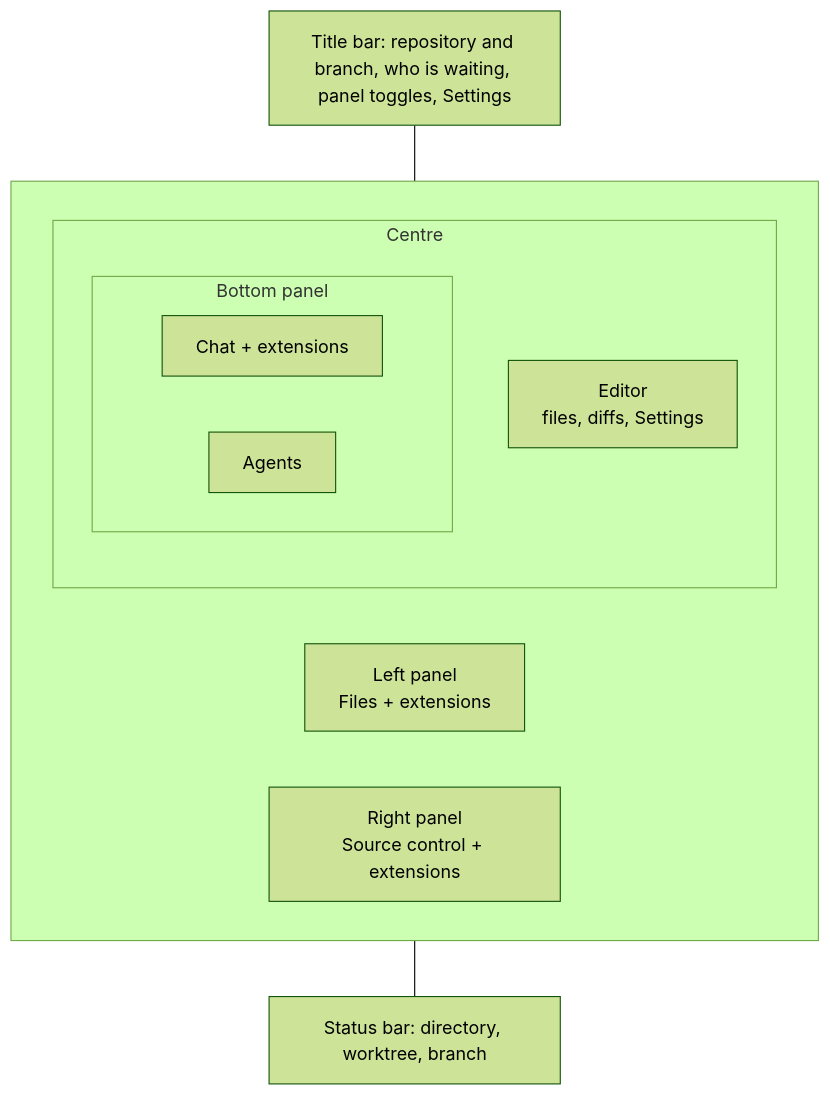
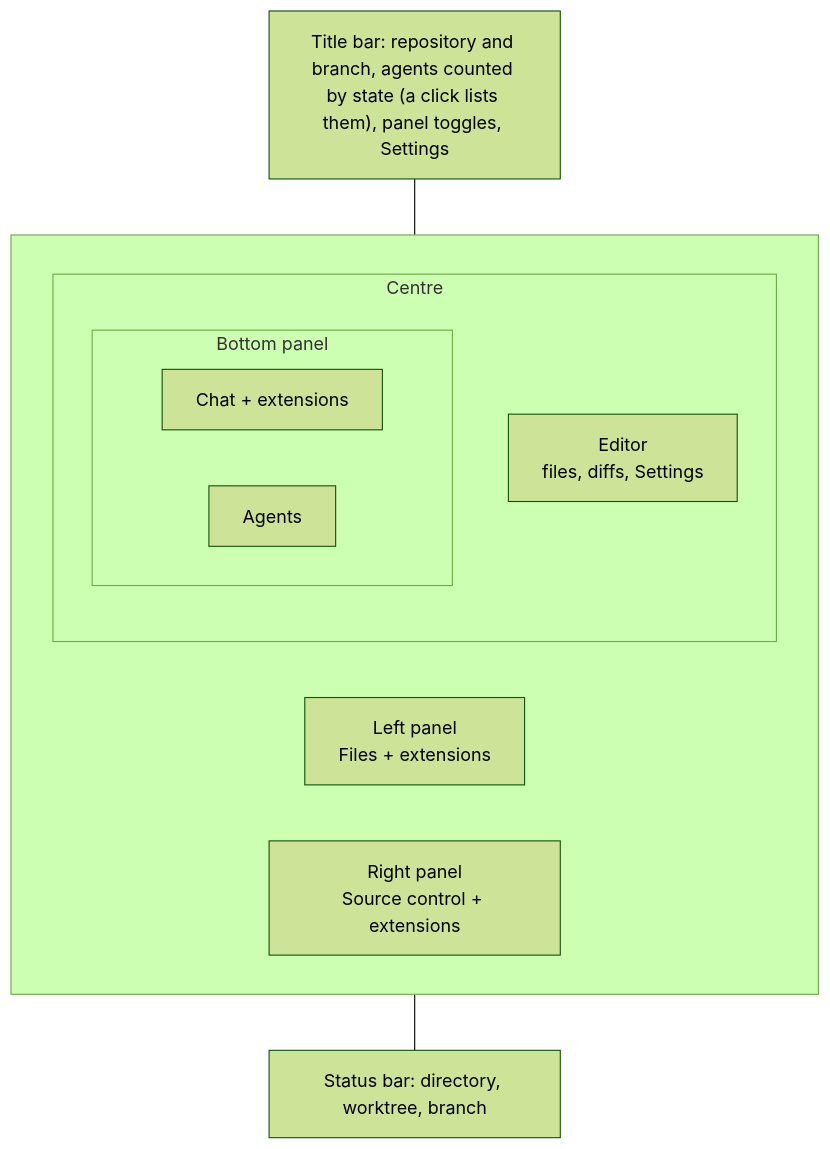
One commit to BradenTerry/Tog changed the first of 2 diagrams in docs/workbench.md. Above: the diagram before and after it, drawn with Mermaid (forest theme). The commit also changed 2 other files, not shown here.

Commit message:
Count agents by state in the title bar, each count listing its agents

````diff
--- a/docs/workbench.md
+++ b/docs/workbench.md
@@ -9,21 +9,21 @@
 ```mermaid
 flowchart TB
-    T["Title bar: repository and branch, who is waiting, panel toggles, Settings"]
+    T["Title bar: repository and branch, agents counted by state (a click lists them), panel toggles, Settings"]
     subgraph W[" "]
         direction LR
         L["Left panel<br/>Files + extensions"]
         subgraph C["Centre"]
             direction TB
             E["Editor<br/>files, diffs, Settings"]
             subgraph B["Bottom panel"]
                 direction LR
                 CH["Chat + extensions"]
                 AG["Agents"]
             end
         end
         R["Right panel<br/>Source control + extensions"]
     end
     S["Status bar: directory, worktree, branch"]
     T --- W
     W --- S
 ```
````
